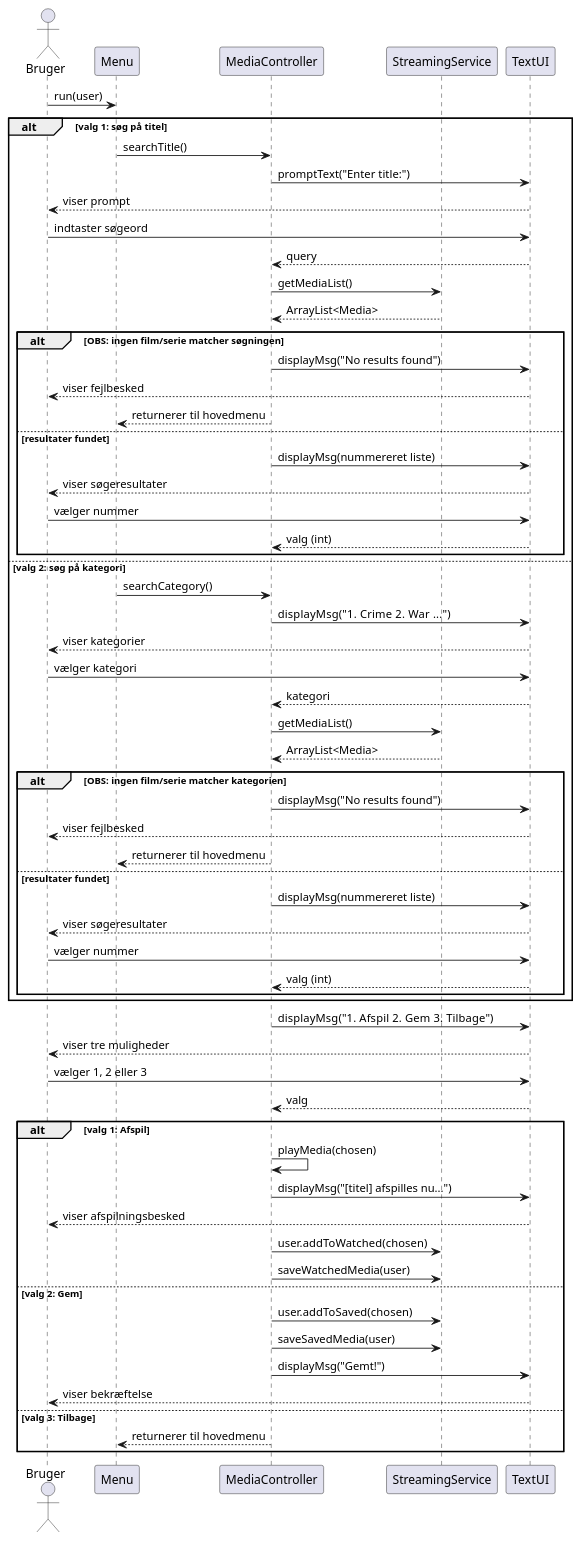
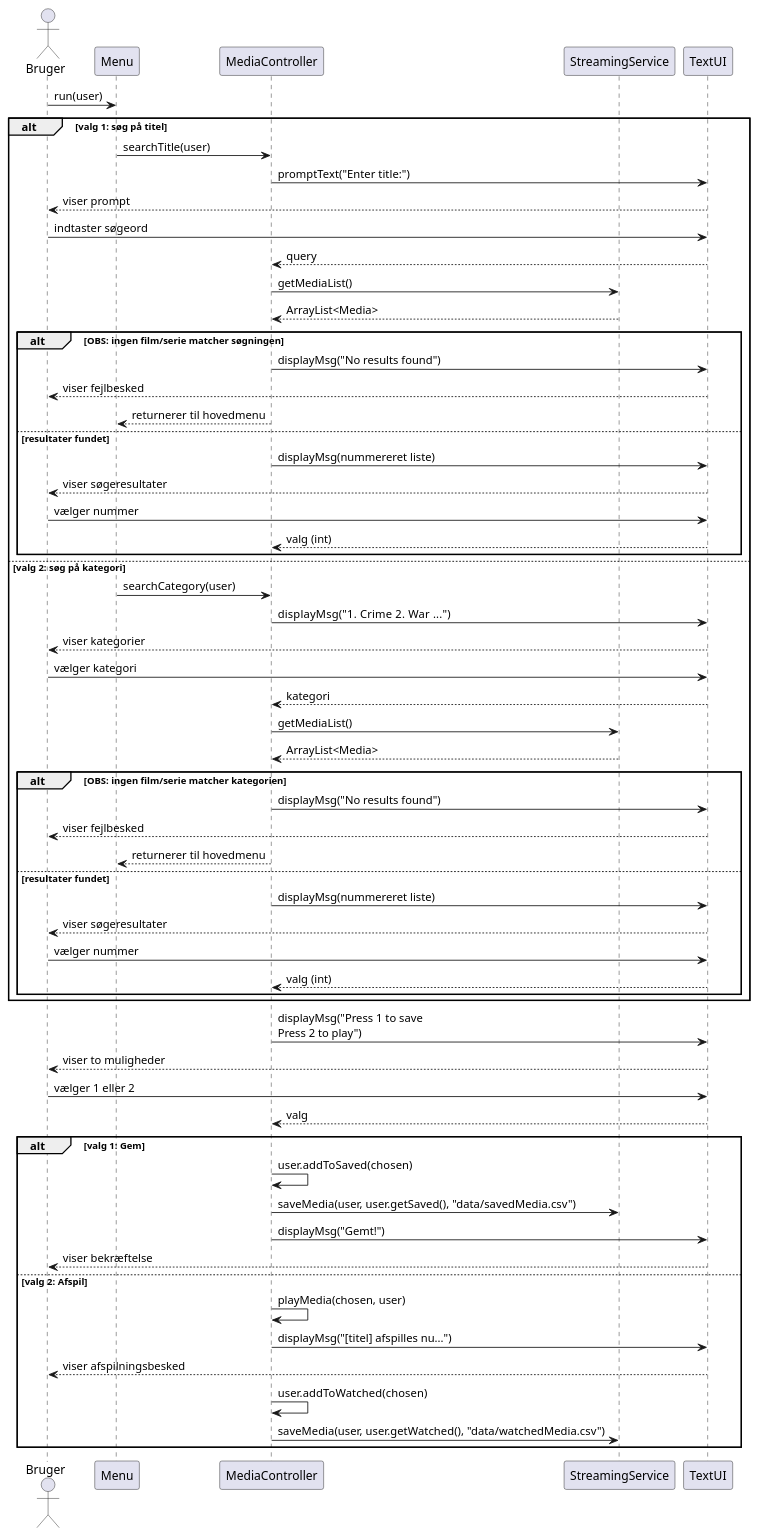
Before and after one commit to BesimaP/SP3---Streaming---Tjeneste: the diagram in doc/dynamic/UC4 - seqeuncediagram.puml, drawn with PlantUML. The commit also changed 14 other files, not shown here.

Commit message:
klassediagramv2.puml opdateret

```diff
--- a/doc/dynamic/UC4 - seqeuncediagram.puml
+++ b/doc/dynamic/UC4 - seqeuncediagram.puml
@@ -1,77 +1,74 @@
 @startuml
 
 actor Bruger
 
 participant Menu
 participant MediaController
 participant StreamingService
 participant TextUI
 
 Bruger -> Menu : run(user)
 
 alt valg 1: søg på titel
-    Menu -> MediaController : searchTitle()
+    Menu -> MediaController : searchTitle(user)
     MediaController -> TextUI : promptText("Enter title:")
     TextUI --> Bruger : viser prompt
     Bruger -> TextUI : indtaster søgeord
     TextUI --> MediaController : query
 
     MediaController -> StreamingService : getMediaList()
     StreamingService --> MediaController : ArrayList<Media>
 
     alt OBS: ingen film/serie matcher søgningen
         MediaController -> TextUI : displayMsg("No results found")
         TextUI --> Bruger : viser fejlbesked
         MediaController --> Menu : returnerer til hovedmenu
     else resultater fundet
         MediaController -> TextUI : displayMsg(nummereret liste)
         TextUI --> Bruger : viser søgeresultater
         Bruger -> TextUI : vælger nummer
         TextUI --> MediaController : valg (int)
     end
 
 else valg 2: søg på kategori
-    Menu -> MediaController : searchCategory()
+    Menu -> MediaController : searchCategory(user)
     MediaController -> TextUI : displayMsg("1. Crime  2. War  ...")
     TextUI --> Bruger : viser kategorier
     Bruger -> TextUI : vælger kategori
     TextUI --> MediaController : kategori
 
     MediaController -> StreamingService : getMediaList()
     StreamingService --> MediaController : ArrayList<Media>
 
     alt OBS: ingen film/serie matcher kategorien
         MediaController -> TextUI : displayMsg("No results found")
         TextUI --> Bruger : viser fejlbesked
         MediaController --> Menu : returnerer til hovedmenu
     else resultater fundet
         MediaController -> TextUI : displayMsg(nummereret liste)
         TextUI --> Bruger : viser søgeresultater
         Bruger -> TextUI : vælger nummer
         TextUI --> MediaController : valg (int)
     end
 end
 
-MediaController -> TextUI : displayMsg("1. Afspil  2. Gem  3. Tilbage")
-TextUI --> Bruger : viser tre muligheder
-Bruger -> TextUI : vælger 1, 2 eller 3
+MediaController -> TextUI : displayMsg("Press 1 to save\nPress 2 to play")
+TextUI --> Bruger : viser to muligheder
+Bruger -> TextUI : vælger 1 eller 2
 TextUI --> MediaController : valg
 
-alt valg 1: Afspil
-    MediaController -> MediaController : playMedia(chosen)
-    MediaController -> TextUI : displayMsg("[titel] afspilles nu...")
-    TextUI --> Bruger : viser afspilningsbesked
-    MediaController -> StreamingService : user.addToWatched(chosen)
-    MediaController -> StreamingService : saveWatchedMedia(user)
-
-else valg 2: Gem
-    MediaController -> StreamingService : user.addToSaved(chosen)
-    MediaController -> StreamingService : saveSavedMedia(user)
+alt valg 1: Gem
+    MediaController -> MediaController : user.addToSaved(chosen)
+    MediaController -> StreamingService : saveMedia(user, user.getSaved(), "data/savedMedia.csv")
     MediaController -> TextUI : displayMsg("Gemt!")
     TextUI --> Bruger : viser bekræftelse
 
-else valg 3: Tilbage
-    MediaController --> Menu : returnerer til hovedmenu
+else valg 2: Afspil
+    MediaController -> MediaController : playMedia(chosen, user)
+    MediaController -> TextUI : displayMsg("[titel] afspilles nu...")
+    TextUI --> Bruger : viser afspilningsbesked
+    MediaController -> MediaController : user.addToWatched(chosen)
+    MediaController -> StreamingService : saveMedia(user, user.getWatched(), "data/watchedMedia.csv")
 end
 
 @enduml
```
